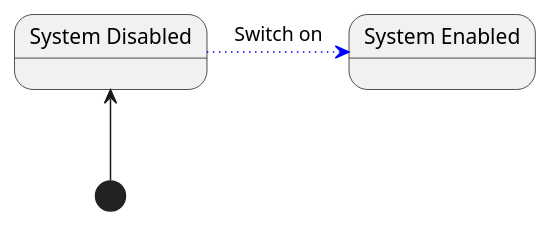
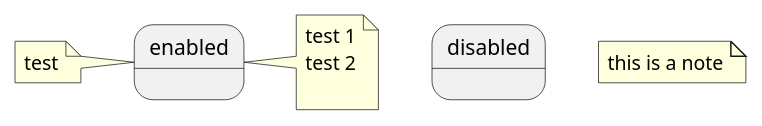
The diagram in examples/test.puml (grhmdev/gen-statemachine), drawn with PlantUML before and after one commit. The commit also changed 6 other files, not shown here.

```diff
--- a/examples/test.puml
+++ b/examples/test.puml
@@ -1,9 +1,16 @@
 @startuml
 
-state "System Enabled" as enabled
-state "System Disabled" as disabled
+state enabled
+state disabled
 
-[*] -up-> disabled
-disabled -right[dotted,#blue]-> enabled : Switch on
+note left of enabled : test
+
+note right of enabled
+    test 1
+    test 2
+
+end note
+
+note "this is a note" as N1
 
 @enduml
```
